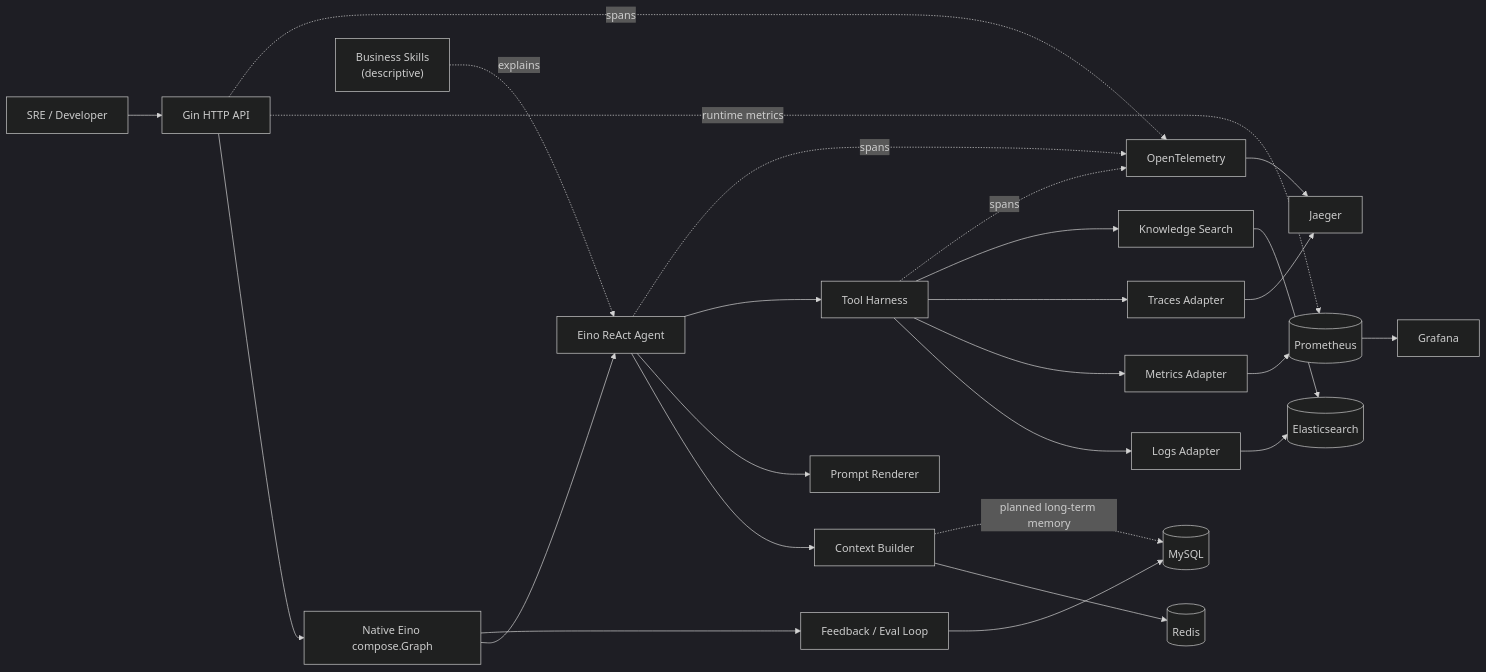
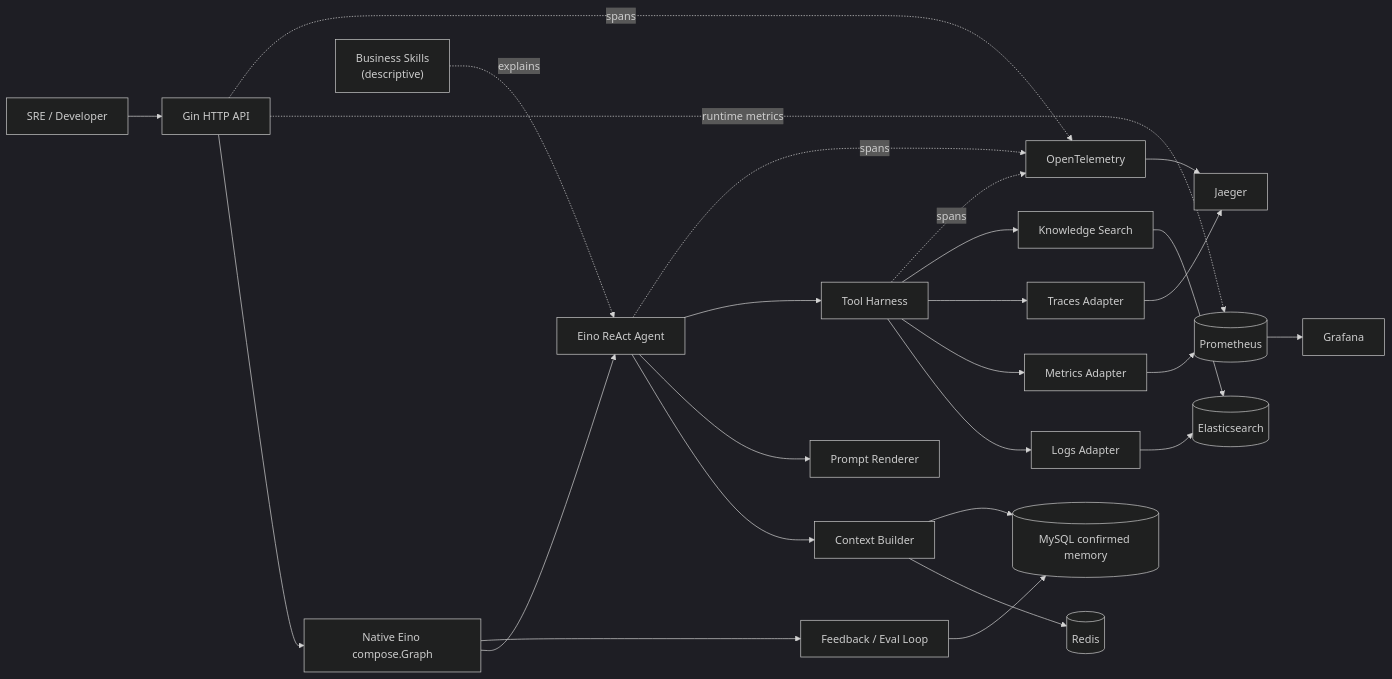
Before and after one commit to jiawei-wang-dev/WatchOps-Lite: the first of 3 diagrams in docs/ARCHITECTURE.md, drawn with Mermaid (dark theme). The commit also changed other lines of this file and 27 other files, not shown here.

Commit message:
feat: add MySQL long-term memory

````diff
--- a/docs/ARCHITECTURE.md
+++ b/docs/ARCHITECTURE.md
@@ -7,28 +7,28 @@
 ```mermaid
 flowchart LR
     U["SRE / Developer"] --> API["Gin HTTP API"]
     API --> APP["Native Eino compose.Graph"]
     APP --> AGENT["Eino ReAct Agent"]
     SKILLS["Business Skills<br/>(descriptive)"] -. explains .-> AGENT
     AGENT --> CTX["Context Builder"]
     AGENT --> PROMPT["Prompt Renderer"]
     AGENT --> HARNESS["Tool Harness"]
     HARNESS --> LOGS["Logs Adapter"]
     HARNESS --> METRICS["Metrics Adapter"]
     HARNESS --> TRACES["Traces Adapter"]
     HARNESS --> RAG["Knowledge Search"]
     CTX --> REDIS[("Redis")]
-    CTX -. planned long-term memory .-> MYSQL[("MySQL")]
+    CTX --> MYSQL[("MySQL confirmed memory")]
     RAG --> ES[("Elasticsearch")]
     LOGS --> ES
     METRICS --> PROM[("Prometheus")]
     API -. runtime metrics .-> PROM
     PROM --> GRAFANA["Grafana"]
     TRACES --> JAEGER
     APP --> FEEDBACK["Feedback / Eval Loop"]
     FEEDBACK --> MYSQL
     API -. spans .-> OTEL["OpenTelemetry"]
     AGENT -. spans .-> OTEL
     HARNESS -. spans .-> OTEL
     OTEL --> JAEGER["Jaeger"]
 ```
````
